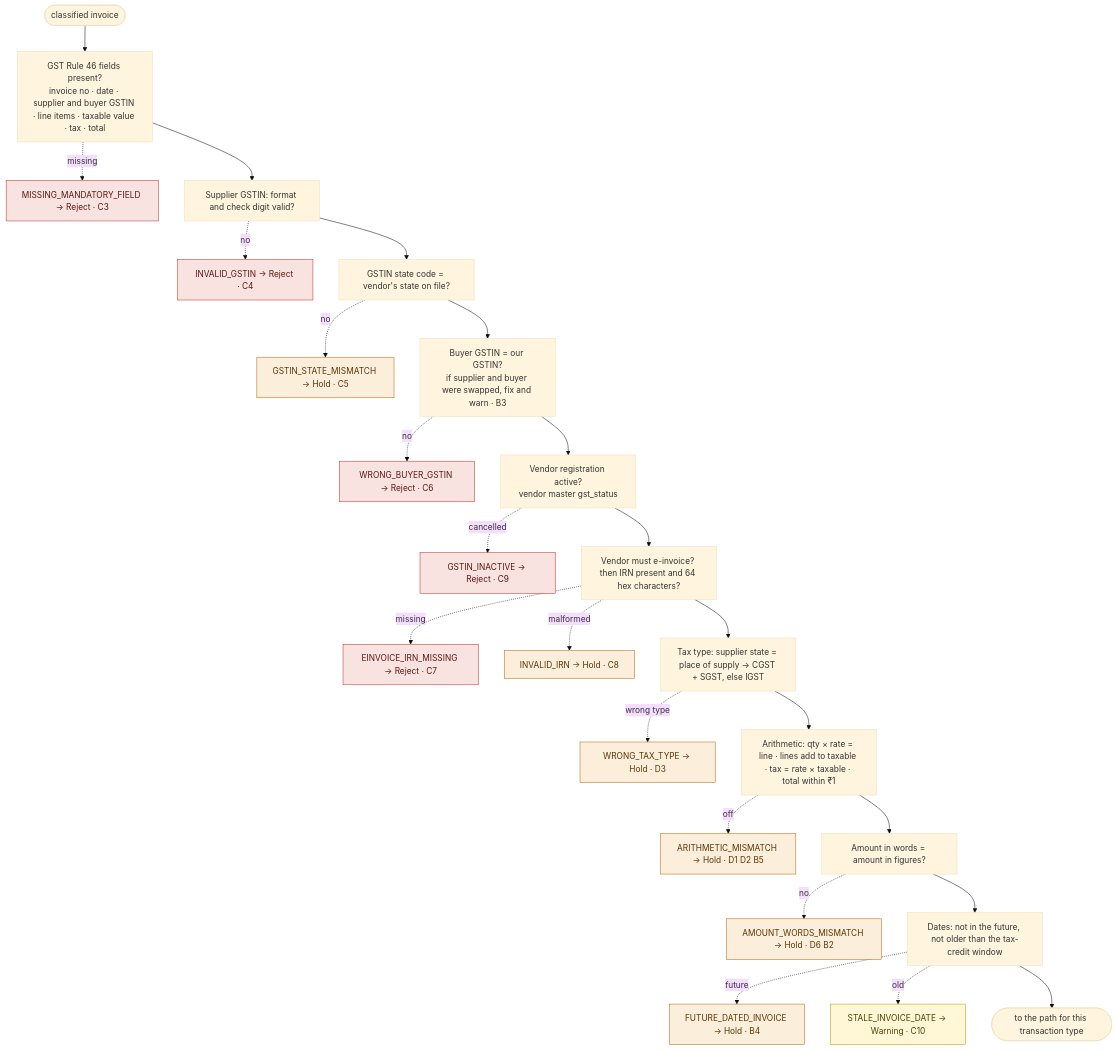
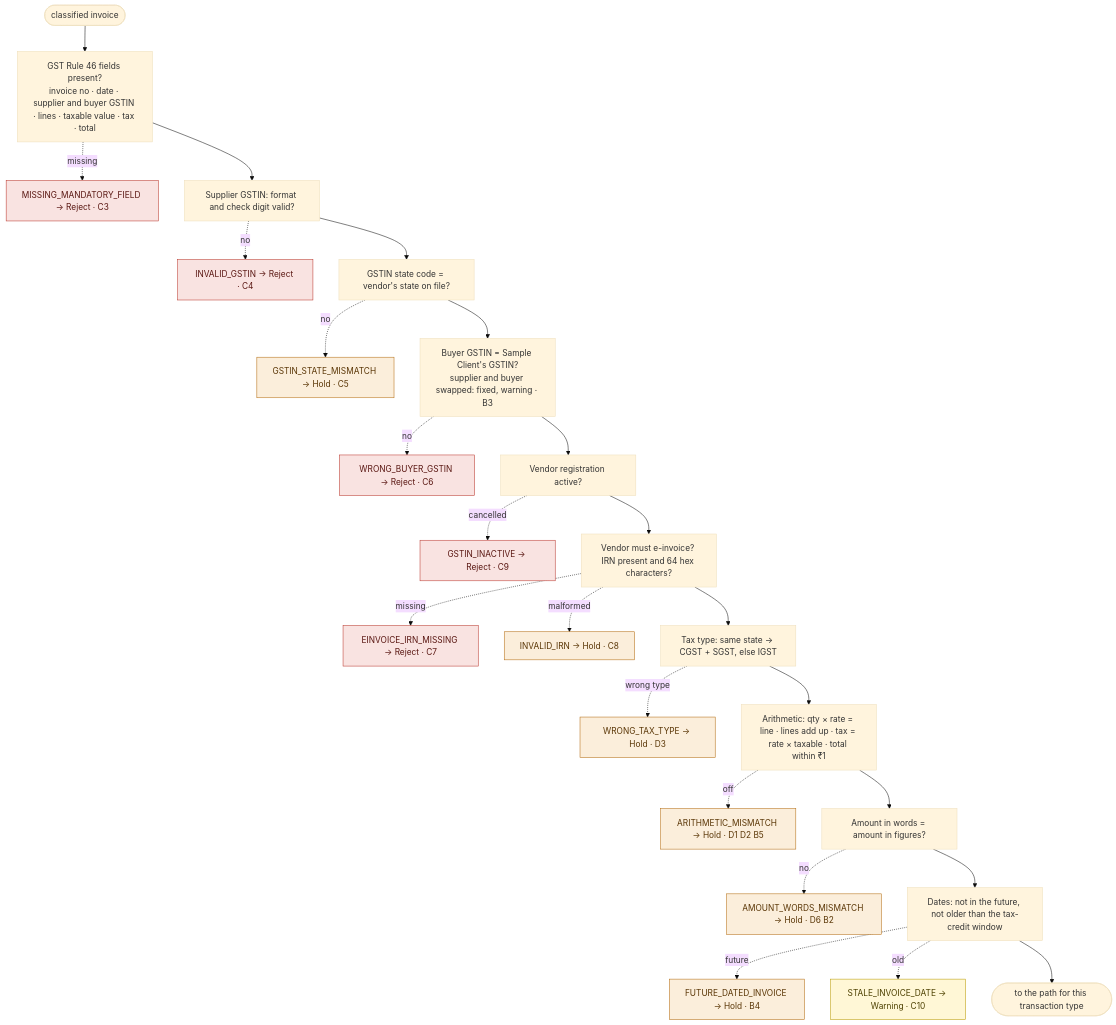
Diagram 11 of 20 in README.md (sh-yamm/Invoice-Automation-Agent), drawn with Mermaid (base theme) before and after one commit. The commit also changed other lines of this file and 9 other files, not shown here.

Commit message:
docs: rewrite the README around PO trails, with Mermaid diagrams and app screenshots; keep-alive check is case-insensitive

````diff
--- a/README.md
+++ b/README.md
@@ -183,29 +502,29 @@
 ```mermaid
 flowchart TD
-  S(["classified invoice"]) --> V1["GST Rule 46 fields present?<br/>invoice no · date · supplier and buyer GSTIN · line items · taxable value · tax · total"]
+  S(["classified invoice"]) --> V1["GST Rule 46 fields present?<br/>invoice no · date · supplier and buyer GSTIN · lines · taxable value · tax · total"]
   V1 -.->|missing| V1x["MISSING_MANDATORY_FIELD → Reject · C3"]:::rej
   V1 --> V2["Supplier GSTIN: format and check digit valid?"]
   V2 -.->|no| V2x["INVALID_GSTIN → Reject · C4"]:::rej
   V2 --> V3["GSTIN state code = vendor's state on file?"]
   V3 -.->|no| V3x["GSTIN_STATE_MISMATCH → Hold · C5"]:::hold
-  V3 --> V4["Buyer GSTIN = our GSTIN?<br/>if supplier and buyer were swapped, fix and warn · B3"]
+  V3 --> V4["Buyer GSTIN = Sample Client's GSTIN?<br/>supplier and buyer swapped: fixed, warning · B3"]
   V4 -.->|no| V4x["WRONG_BUYER_GSTIN → Reject · C6"]:::rej
-  V4 --> V5["Vendor registration active?<br/>vendor master gst_status"]
+  V4 --> V5["Vendor registration active?"]
   V5 -.->|cancelled| V5x["GSTIN_INACTIVE → Reject · C9"]:::rej
-  V5 --> V6["Vendor must e-invoice? then IRN present and 64 hex characters?"]
+  V5 --> V6["Vendor must e-invoice? IRN present and 64 hex characters?"]
   V6 -.->|missing| V6x["EINVOICE_IRN_MISSING → Reject · C7"]:::rej
   V6 -.->|malformed| V6y["INVALID_IRN → Hold · C8"]:::hold
-  V6 --> V7["Tax type: supplier state = place of supply → CGST + SGST, else IGST"]
+  V6 --> V7["Tax type: same state → CGST + SGST, else IGST"]
   V7 -.->|wrong type| V7x["WRONG_TAX_TYPE → Hold · D3"]:::hold
-  V7 --> V8["Arithmetic: qty × rate = line · lines add to taxable · tax = rate × taxable · total within ₹1"]
+  V7 --> V8["Arithmetic: qty × rate = line · lines add up · tax = rate × taxable · total within ₹1"]
   V8 -.->|off| V8x["ARITHMETIC_MISMATCH → Hold · D1 D2 B5"]:::hold
   V8 --> V9["Amount in words = amount in figures?"]
   V9 -.->|no| V9x["AMOUNT_WORDS_MISMATCH → Hold · D6 B2"]:::hold
   V9 --> V10["Dates: not in the future, not older than the tax-credit window"]
   V10 -.->|future| V10x["FUTURE_DATED_INVOICE → Hold · B4"]:::hold
   V10 -.->|old| V10y["STALE_INVOICE_DATE → Warning · C10"]:::warn
   V10 --> Z(["to the path for this transaction type"])
   classDef rej fill:#F9E3E1,stroke:#B9342A,color:#5A1712
   classDef hold fill:#FBEEDB,stroke:#B26A0E,color:#5A3606
   classDef warn fill:#FFF7D6,stroke:#B89A00,color:#4D4000
 ```
````
